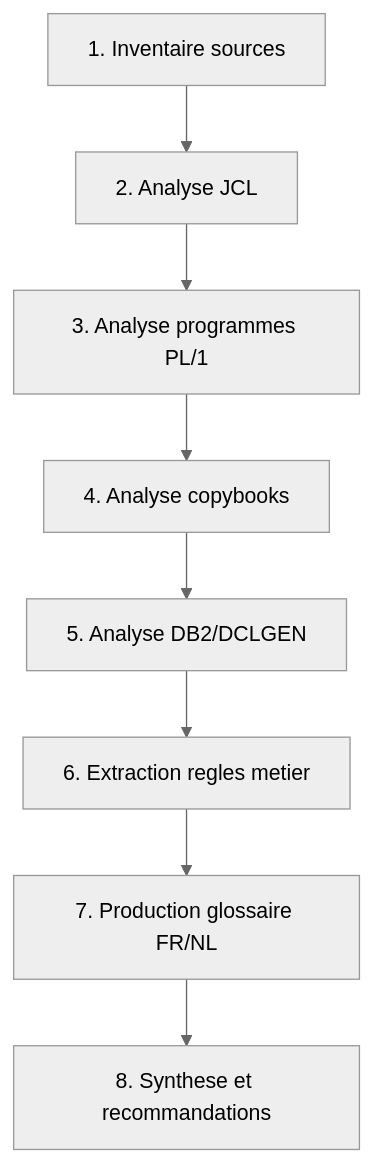
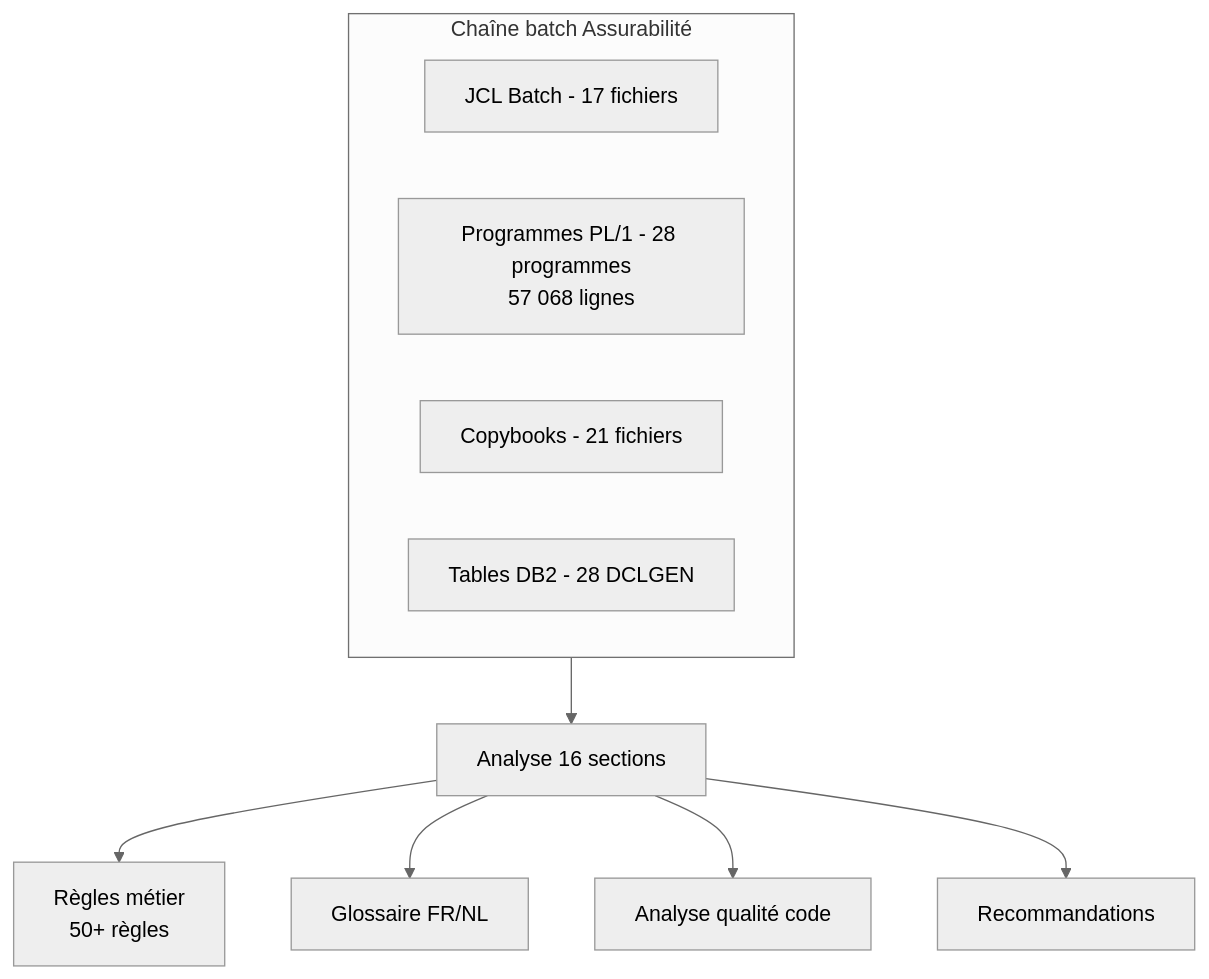
Before and after one commit to christophedanhier-hash/BAVI_LEO: the second of 3 diagrams in docs/wiki/agent-pro/bureau-robert/phase1-poc-assurabilite-document-initial.md, drawn with Mermaid (neutral theme). The commit also changed other lines of this file and 1 other file, not shown here.

````diff
--- a/docs/wiki/agent-pro/bureau-robert/phase1-poc-assurabilite-document-initial.md
+++ b/docs/wiki/agent-pro/bureau-robert/phase1-poc-assurabilite-document-initial.md
@@ -83,10 +50,15 @@
 ```mermaid
 flowchart TD
-    A[1. Inventaire sources] --> B[2. Analyse JCL]
-    B --> C[3. Analyse programmes PL/1]
-    C --> D[4. Analyse copybooks]
-    D --> E[5. Analyse DB2/DCLGEN]
-    E --> F[6. Extraction regles metier]
-    F --> G[7. Production glossaire FR/NL]
-    G --> H[8. Synthese et recommandations]
+    subgraph BATCH["Chaîne batch Assurabilité"]
+        JCL[JCL Batch - 17 fichiers]
+        PL1[Programmes PL/1 - 28 programmes<br/>57 068 lignes]
+        COPY[Copybooks - 21 fichiers]
+        DB2[Tables DB2 - 28 DCLGEN]
+    end
+
+    BATCH --> ANALYSE[Analyse 16 sections]
+    ANALYSE --> REGLES[Règles métier<br/>50+ règles]
+    ANALYSE --> GLOSSAIRE[Glossaire FR/NL]
+    ANALYSE --> QUALITE[Analyse qualité code]
+    ANALYSE --> RECO[Recommandations]
 ```
````
